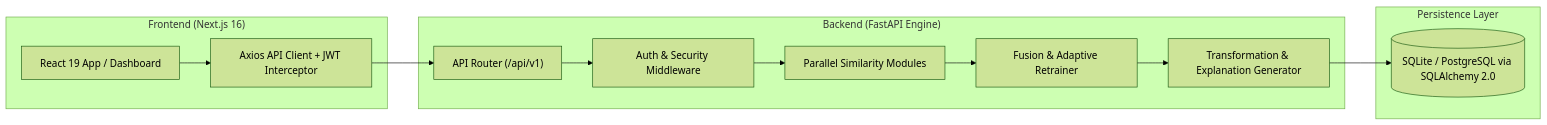
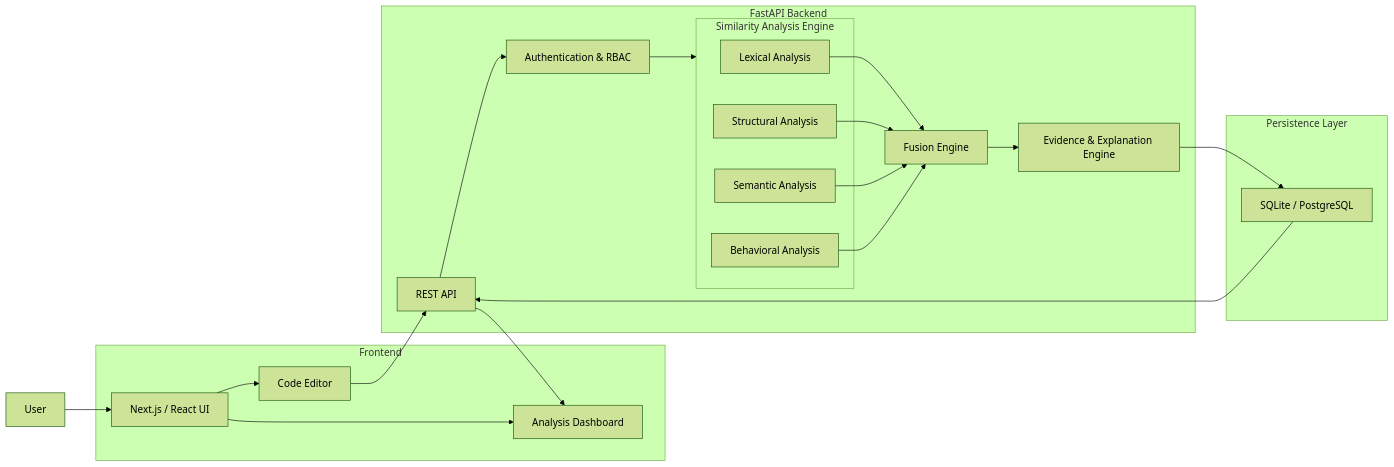
The diagram in README.md (Dhammdip-Lokhande1/ESHA-PROJECT), drawn with Mermaid (forest theme) before and after one commit. The commit also changed other lines of this file, not shown here.

Commit message:
docs: update README with detailed features, channel breakdown, and architecture flowchart

````diff
--- a/README.md
+++ b/README.md
@@ -84,27 +116,49 @@
 ```mermaid
 flowchart LR
-    subgraph Client["Frontend (Next.js 16)"]
-        UI["React 19 App / Dashboard"]
-        Axios["Axios API Client + JWT Interceptor"]
+
+    User["User"]
+
+    subgraph Frontend["Frontend"]
+        UI["Next.js / React UI"]
+        Editor["Code Editor"]
+        Dashboard["Analysis Dashboard"]
     end
 
-    subgraph Server["Backend (FastAPI Engine)"]
-        Router["API Router (/api/v1)"]
-        Auth["Auth & Security Middleware"]
-        SimEngine["Parallel Similarity Modules"]
-        FusionEngine["Fusion & Adaptive Retrainer"]
-        ExplainEngine["Transformation & Explanation Generator"]
+    subgraph Backend["FastAPI Backend"]
+        API["REST API"]
+        Auth["Authentication & RBAC"]
+
+        subgraph Analysis["Similarity Analysis Engine"]
+            Lexical["Lexical Analysis"]
+            Structural["Structural Analysis"]
+            Semantic["Semantic Analysis"]
+            Behavioral["Behavioral Analysis"]
+        end
+
+        Fusion["Fusion Engine"]
+        Explain["Evidence & Explanation Engine"]
     end
 
-    subgraph Database["Persistence Layer"]
-        DB[(SQLite / PostgreSQL via SQLAlchemy 2.0)]
+    subgraph Persistence["Persistence Layer"]
+        DB["SQLite / PostgreSQL"]
     end
 
-    UI --> Axios
-    Axios --> Router
-    Router --> Auth
-    Auth --> SimEngine
-    SimEngine --> FusionEngine
-    FusionEngine --> ExplainEngine
-    ExplainEngine --> DB
+    User --> UI
+    UI --> Editor
+    UI --> Dashboard
+
+    Editor --> API
+    API --> Auth
+    Auth --> Analysis
+
+    Lexical --> Fusion
+    Structural --> Fusion
+    Semantic --> Fusion
+    Behavioral --> Fusion
+
+    Fusion --> Explain
+    Explain --> DB
+
+    DB --> API
+    API --> Dashboard
 ```
````
